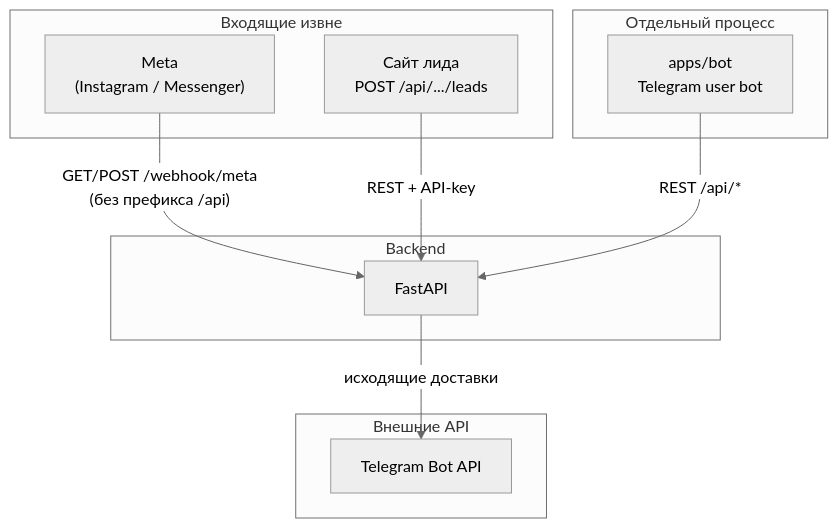
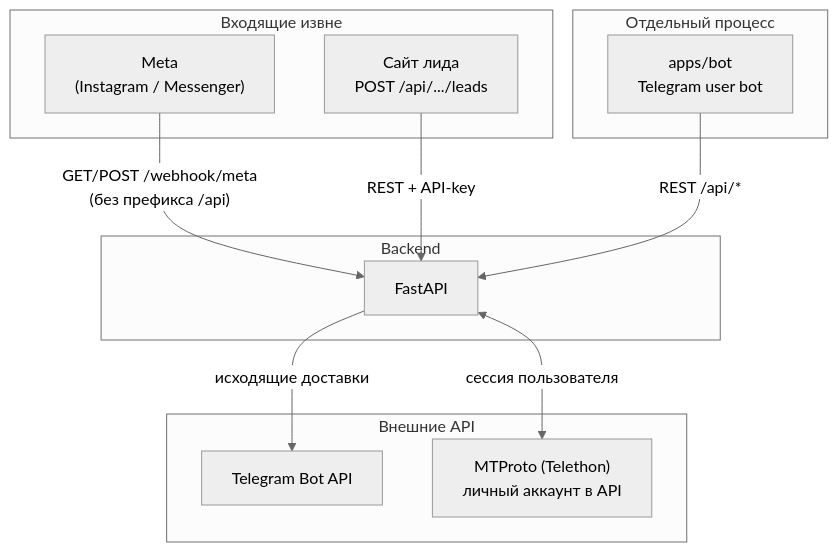
Before and after one commit to Tipo-Agency/chiranaasia.taska.uz: the third of 3 diagrams in docs/ARCHITECTURE.md, drawn with Mermaid (neutral theme). The commit also changed other lines of this file and 1 other file, not shown here.

First line of the commit message:
docs: architecture TZ (hub, domain, queues, state machine, NFR) + as-built refresh

````diff
--- a/docs/ARCHITECTURE.md
+++ b/docs/ARCHITECTURE.md
@@ -61,24 +190,26 @@
 ```mermaid
 flowchart TB
   subgraph inbound [Входящие извне]
     META["Meta<br/>(Instagram / Messenger)"]
     SITE["Сайт лида<br/>POST /api/.../leads"]
   end
 
   subgraph backend [Backend]
     FA["FastAPI"]
   end
 
   subgraph sidecar [Отдельный процесс]
     BOT["apps/bot<br/>Telegram user bot"]
   end
 
   subgraph external [Внешние API]
     TGAPI["Telegram Bot API"]
+    MTP["MTProto (Telethon)<br/>личный аккаунт в API"]
   end
 
   META -->|"GET/POST /webhook/meta<br/>(без префикса /api)"| FA
   SITE -->|"REST + API-key"| FA
   BOT -->|"REST /api/*"| FA
   FA -->|"исходящие доставки"| TGAPI
+  FA <-->|"сессия пользователя"| MTP
 ```
````
